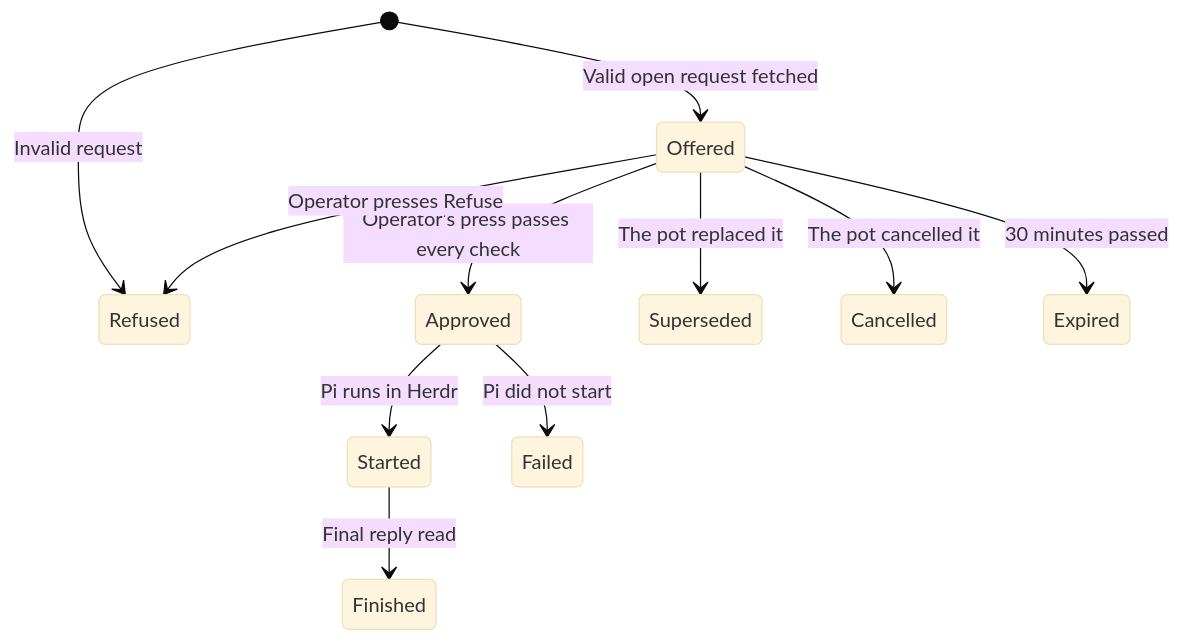
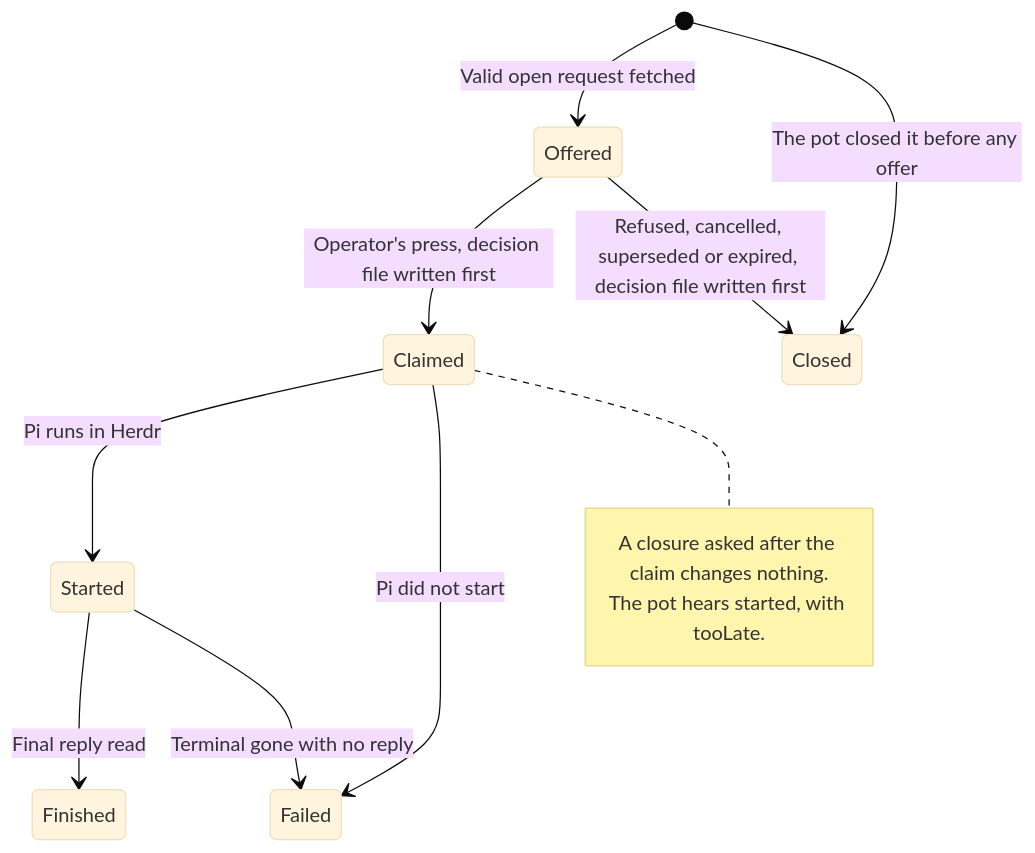
Before and after one commit to walid-mos/agent-sandbox: the second of 2 diagrams in docs/mac-launch.md, drawn with Mermaid (base theme). The commit also changed other lines of this file and 8 other files, not shown here.

First line of the commit message:
feat(mac): decide each launch once on the Mac, by claim or closure

````diff
--- a/docs/mac-launch.md
+++ b/docs/mac-launch.md
@@ -133,13 +155,15 @@
 ```mermaid
 stateDiagram-v2
     [*] --> Offered: Valid open request fetched
-    [*] --> Refused: Invalid request
-    Offered --> Approved: Operator's press passes every check
-    Offered --> Refused: Operator presses Refuse
-    Offered --> Superseded: The pot replaced it
-    Offered --> Cancelled: The pot cancelled it
-    Offered --> Expired: 30 minutes passed
-    Approved --> Started: Pi runs in Herdr
-    Approved --> Failed: Pi did not start
+    [*] --> Closed: The pot closed it before any offer
+    Offered --> Claimed: Operator's press, decision file written first
+    Offered --> Closed: Refused, cancelled, superseded or expired, decision file written first
+    Claimed --> Started: Pi runs in Herdr
+    Claimed --> Failed: Pi did not start
     Started --> Finished: Final reply read
+    Started --> Failed: Terminal gone with no reply
+    note right of Claimed
+        A closure asked after the claim changes nothing.
+        The pot hears started, with tooLate.
+    end note
 ```
````
